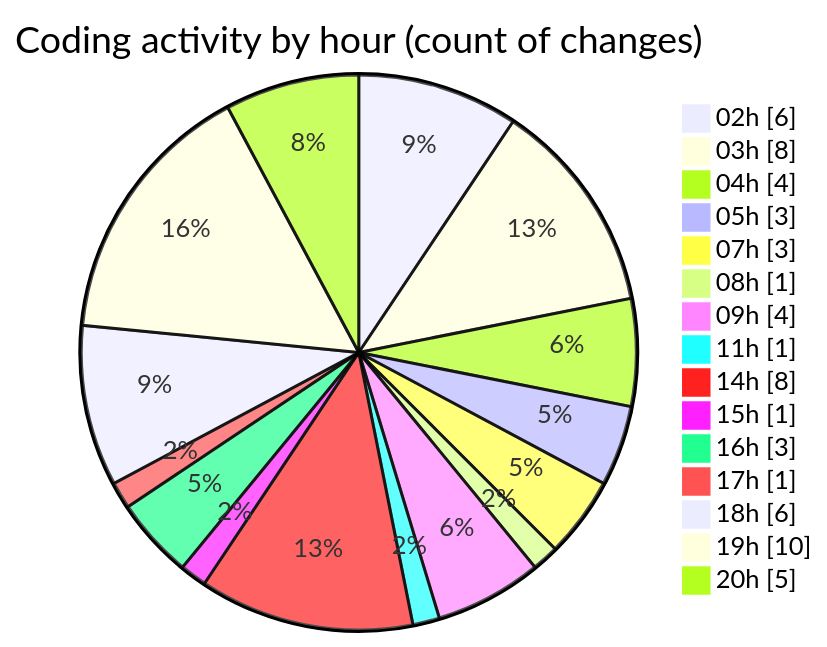
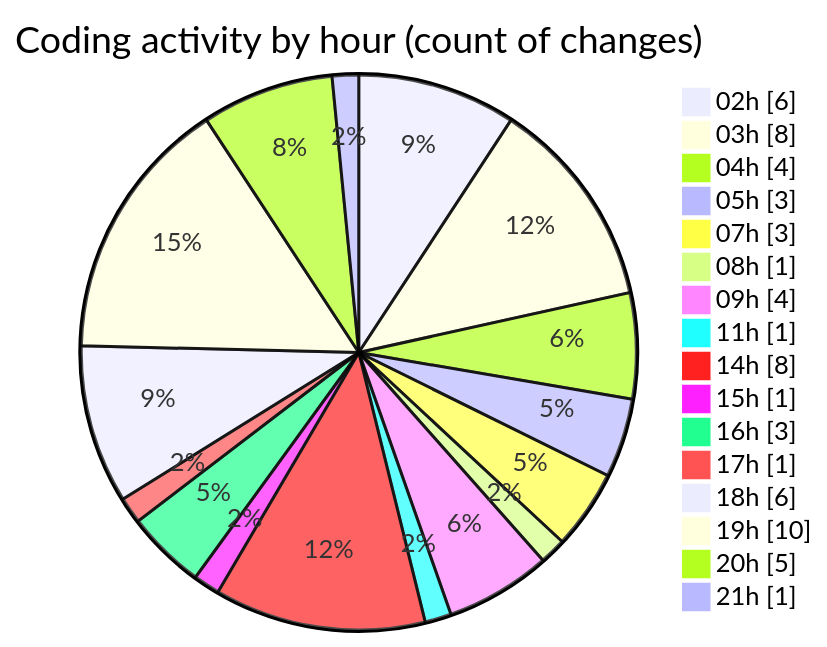
The second of 2 diagrams in 2025-07-03/cursor/README.md (FelipKnott/code-tracking), drawn with Mermaid before and after one commit. The commit also changed other lines of this file and 1 other file, not shown here.

````diff
--- a/2025-07-03/cursor/README.md
+++ b/2025-07-03/cursor/README.md
@@ -47,19 +47,20 @@
 ```mermaid
 pie showData
 title Coding activity by hour (count of changes)
 "02h" : 6
 "03h" : 8
 "04h" : 4
 "05h" : 3
 "07h" : 3
 "08h" : 1
 "09h" : 4
 "11h" : 1
 "14h" : 8
 "15h" : 1
 "16h" : 3
 "17h" : 1
 "18h" : 6
 "19h" : 10
 "20h" : 5
+"21h" : 1
 ```
````
